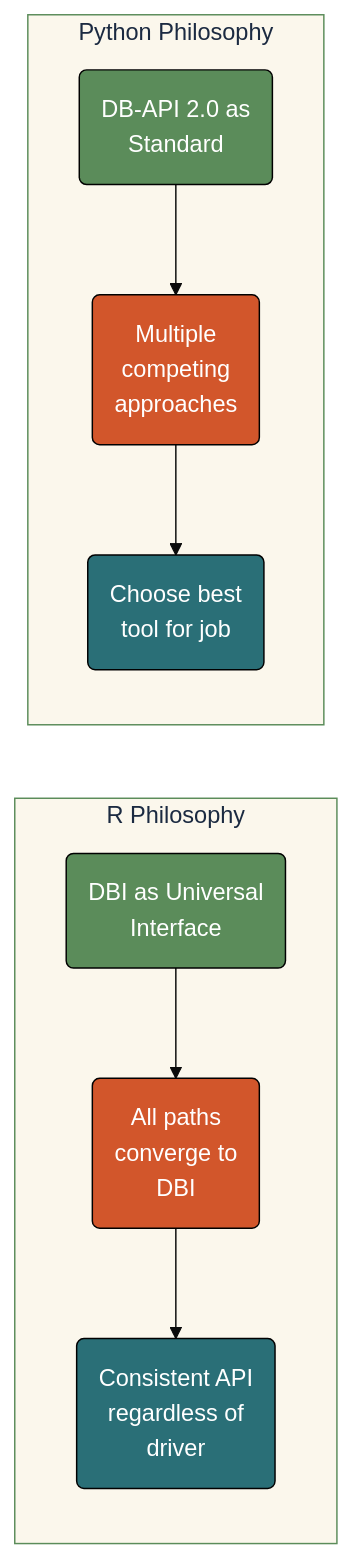
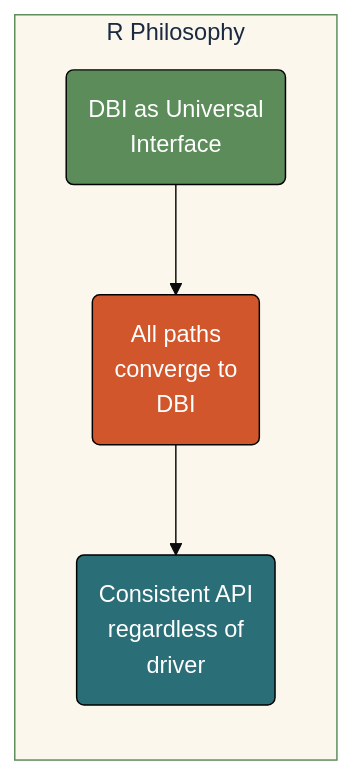
One commit to mjfrigaard/do4ds-labs changed the third of 7 diagrams in lab03.qmd. Above: the diagram before and after it, drawn with Mermaid. The commit also changed other lines of this file and 69 other files, not shown here.

Commit message:
style review fixes; mermaid look; lab07 model scripts and workflow deps

````diff
--- a/lab03.qmd
+++ b/lab03.qmd
@@ -226,27 +226,17 @@
 ```{mermaid}
-%%| fig-cap: 'DB Connection Mental Model Differences'
+%%| fig-cap: 'R DB Connection Mental Model'
 %%| fig-align: 'center'
-%%{init: {'theme': 'base', 'themeVariables': {'fontFamily': 'monospace'}}}%%
+%%{init: {'theme': 'base', 'look': 'classic', 'themeVariables': {'fontFamily': 'monospace'}}}%%
 
 graph LR
     subgraph RPhil["R Philosophy"]
         A("DBI as Universal<br>Interface") --> B("All paths<br>converge to<br>DBI")
         B --> C("Consistent API<br>regardless of<br>driver")
     end
-    
-    subgraph PyPhil["Python Philosophy"]
-        D("DB-API 2.0 as<br>Standard") --> E("Multiple<br>competing<br>approaches")
-        E --> F("Choose best<br>tool for job")
-    end
+
     style RPhil fill:#fbf7ec,stroke:#5B8C5A,color:#1B2A41
-    style PyPhil fill:#fbf7ec,stroke:#5B8C5A,color:#1B2A41
     style A fill:#5B8C5A,stroke:#000000,stroke-width:1px,color:#ffffff
     style B fill:#D2562B,stroke:#000000,stroke-width:1px,color:#ffffff
     style C fill:#2A6F77,stroke:#000000,stroke-width:1px,color:#ffffff
-    style D fill:#5B8C5A,stroke:#000000,stroke-width:1px,color:#ffffff
-    style E fill:#D2562B,stroke:#000000,stroke-width:1px,color:#ffffff
-    style F fill:#2A6F77,stroke:#000000,stroke-width:1px,color:#ffffff
-    
 
-    
 ```
````
